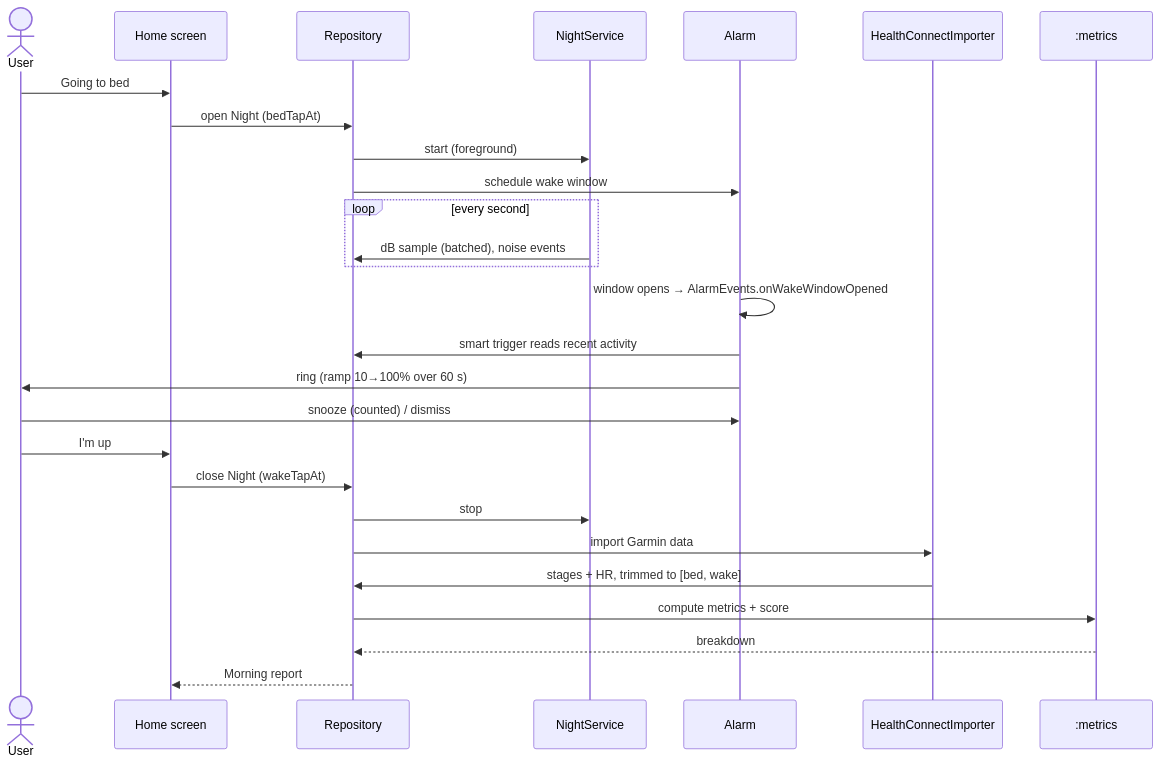
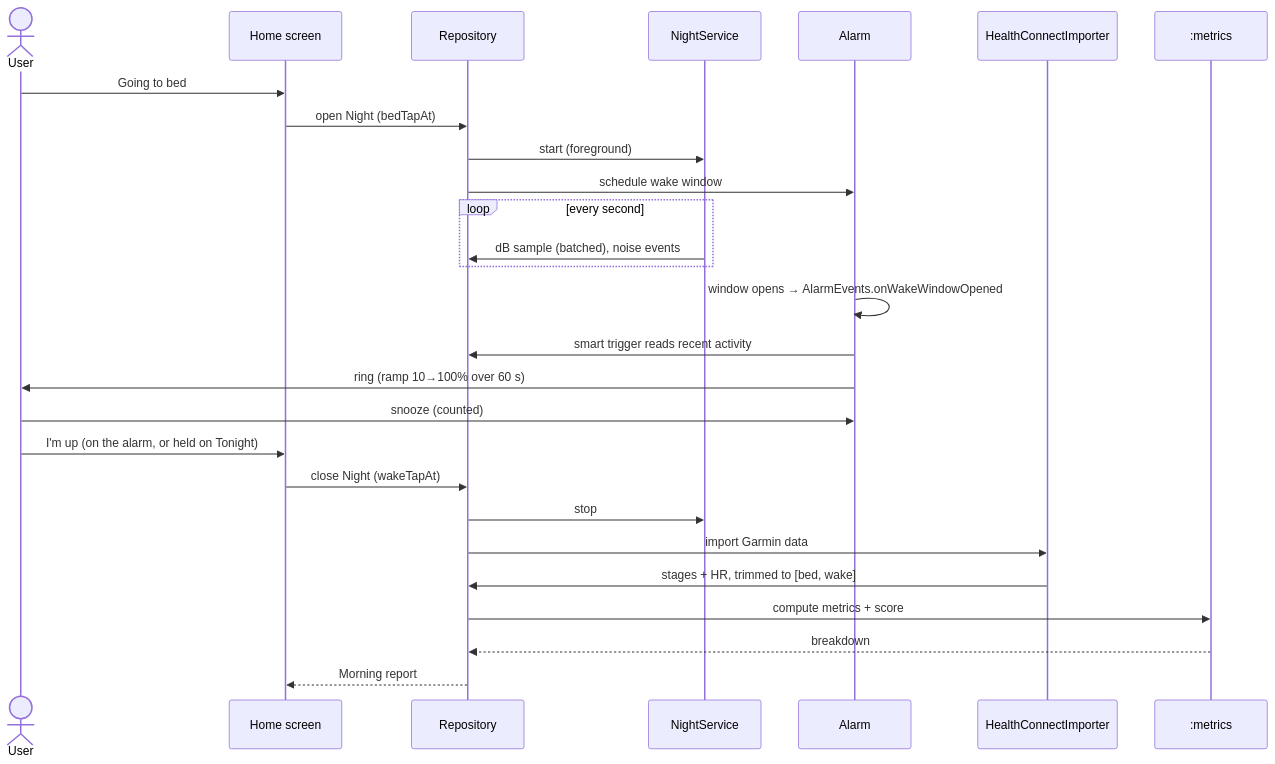
The second of 2 diagrams in docs/architecture.md (murrayb52/SleepTight), drawn with Mermaid before and after one commit. The commit also changed other lines of this file and 53 other files, not shown here.

````diff
--- a/docs/architecture.md
+++ b/docs/architecture.md
@@ -60,30 +60,30 @@
 ```mermaid
 sequenceDiagram
     actor U as User
     participant UI as Home screen
     participant R as Repository
     participant S as NightService
     participant A as Alarm
     participant H as HealthConnectImporter
     participant M as :metrics
 
     U->>UI: Going to bed
     UI->>R: open Night (bedTapAt)
     R->>S: start (foreground)
     R->>A: schedule wake window
     loop every second
         S->>R: dB sample (batched), noise events
     end
     A->>A: window opens → AlarmEvents.onWakeWindowOpened
     A->>R: smart trigger reads recent activity
     A->>U: ring (ramp 10→100% over 60 s)
-    U->>A: snooze (counted) / dismiss
-    U->>UI: I'm up
+    U->>A: snooze (counted)
+    U->>UI: I'm up (on the alarm, or held on Tonight)
     UI->>R: close Night (wakeTapAt)
     R->>S: stop
     R->>H: import Garmin data
     H->>R: stages + HR, trimmed to [bed, wake]
     R->>M: compute metrics + score
     M-->>R: breakdown
     R-->>UI: Morning report
 ```
````
